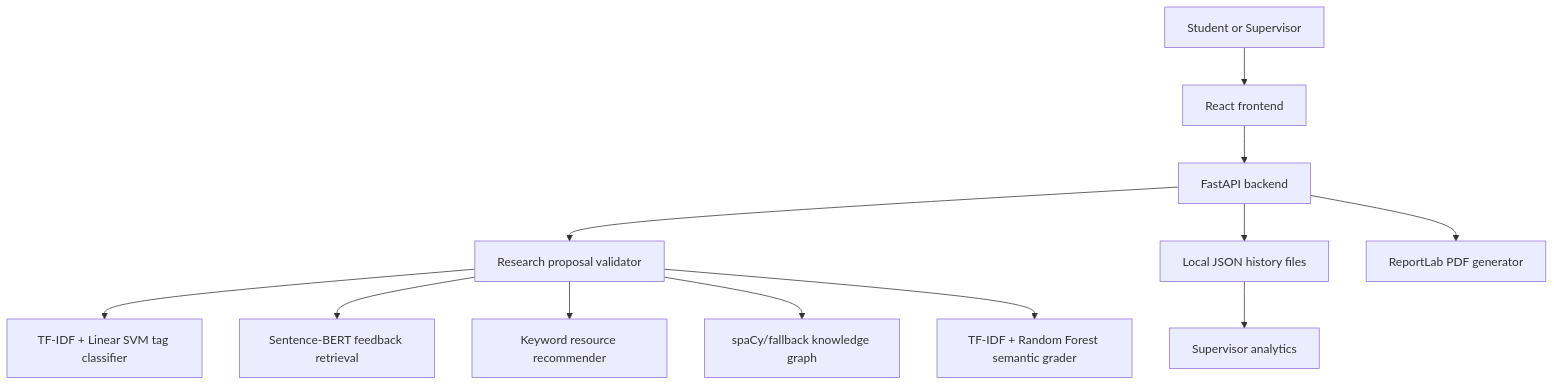
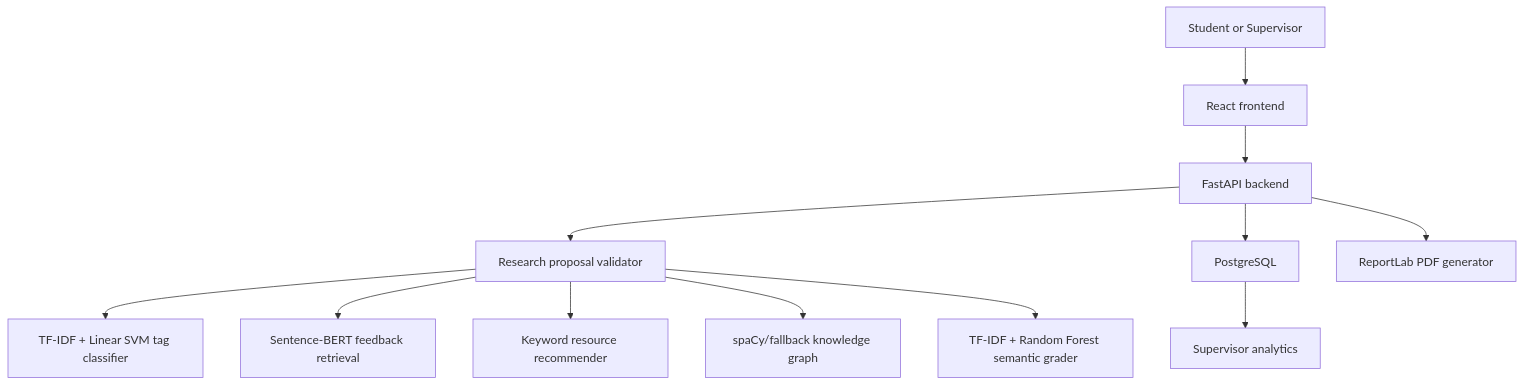
Before and after one commit to DulakshanaMalith/R26-IT-095: the diagram in component_quality/Readme.md, drawn with Mermaid. The commit also changed other lines of this file and 141 other files, not shown here.

````diff
--- a/component_quality/Readme.md
+++ b/component_quality/Readme.md
@@ -9,14 +9,14 @@
 ```mermaid
 flowchart TD
     User[Student or Supervisor] --> UI[React frontend]
     UI --> API[FastAPI backend]
     API --> Validator[Research proposal validator]
     Validator --> TagModel[TF-IDF + Linear SVM tag classifier]
     Validator --> Feedback[Sentence-BERT feedback retrieval]
     Validator --> Resources[Keyword resource recommender]
     Validator --> Graph[spaCy/fallback knowledge graph]
     Validator --> Grade[TF-IDF + Random Forest semantic grader]
-    API --> Store[Local JSON history files]
+    API --> Store[PostgreSQL]
     API --> PDF[ReportLab PDF generator]
     Store --> Analytics[Supervisor analytics]
 ```
````
